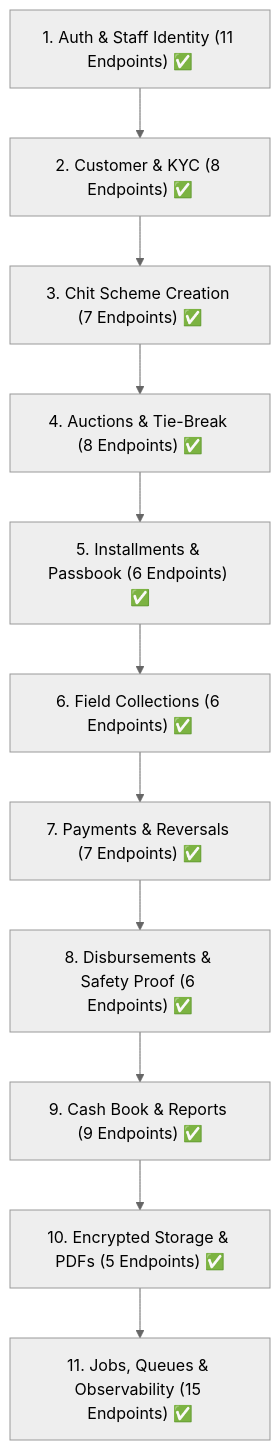
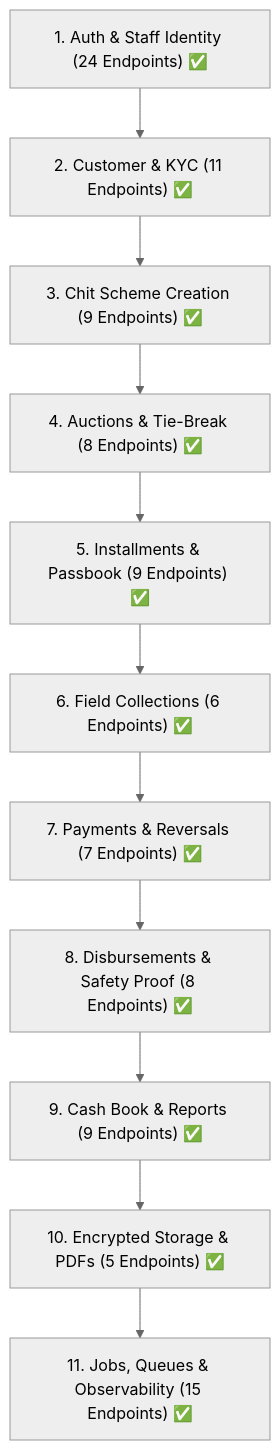
The diagram in apps/api/scripts/docs/lifecycle/lifecycle-11-live-execution-proof-report.md (Kathir-24/Kumaran-finance), drawn with Mermaid (neutral theme) before and after one commit. The commit also changed other lines of this file and 14 other files, not shown here.

````diff
--- a/apps/api/scripts/docs/lifecycle/lifecycle-11-live-execution-proof-report.md
+++ b/apps/api/scripts/docs/lifecycle/lifecycle-11-live-execution-proof-report.md
@@ -290,13 +290,13 @@
 ```mermaid
 flowchart TD
-    L1["1. Auth & Staff Identity (11 Endpoints) ✅"] --> L2["2. Customer & KYC (8 Endpoints) ✅"]
-    L2 --> L3["3. Chit Scheme Creation (7 Endpoints) ✅"]
+    L1["1. Auth & Staff Identity (24 Endpoints) ✅"] --> L2["2. Customer & KYC (11 Endpoints) ✅"]
+    L2 --> L3["3. Chit Scheme Creation (9 Endpoints) ✅"]
     L3 --> L4["4. Auctions & Tie-Break (8 Endpoints) ✅"]
-    L4 --> L5["5. Installments & Passbook (6 Endpoints) ✅"]
+    L4 --> L5["5. Installments & Passbook (9 Endpoints) ✅"]
     L5 --> L6["6. Field Collections (6 Endpoints) ✅"]
     L6 --> L7["7. Payments & Reversals (7 Endpoints) ✅"]
-    L7 --> L8["8. Disbursements & Safety Proof (6 Endpoints) ✅"]
+    L7 --> L8["8. Disbursements & Safety Proof (8 Endpoints) ✅"]
     L8 --> L9["9. Cash Book & Reports (9 Endpoints) ✅"]
     L9 --> L10["10. Encrypted Storage & PDFs (5 Endpoints) ✅"]
     L10 --> L11["11. Jobs, Queues & Observability (15 Endpoints) ✅"]
 ```
````
